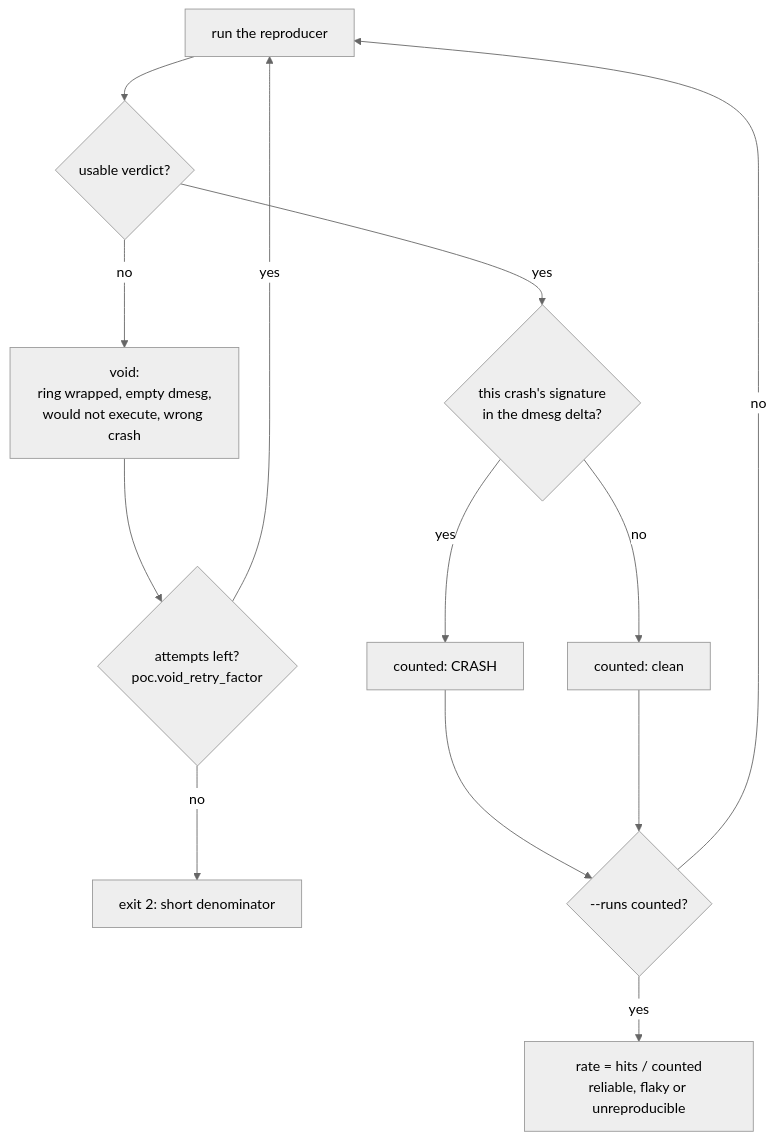
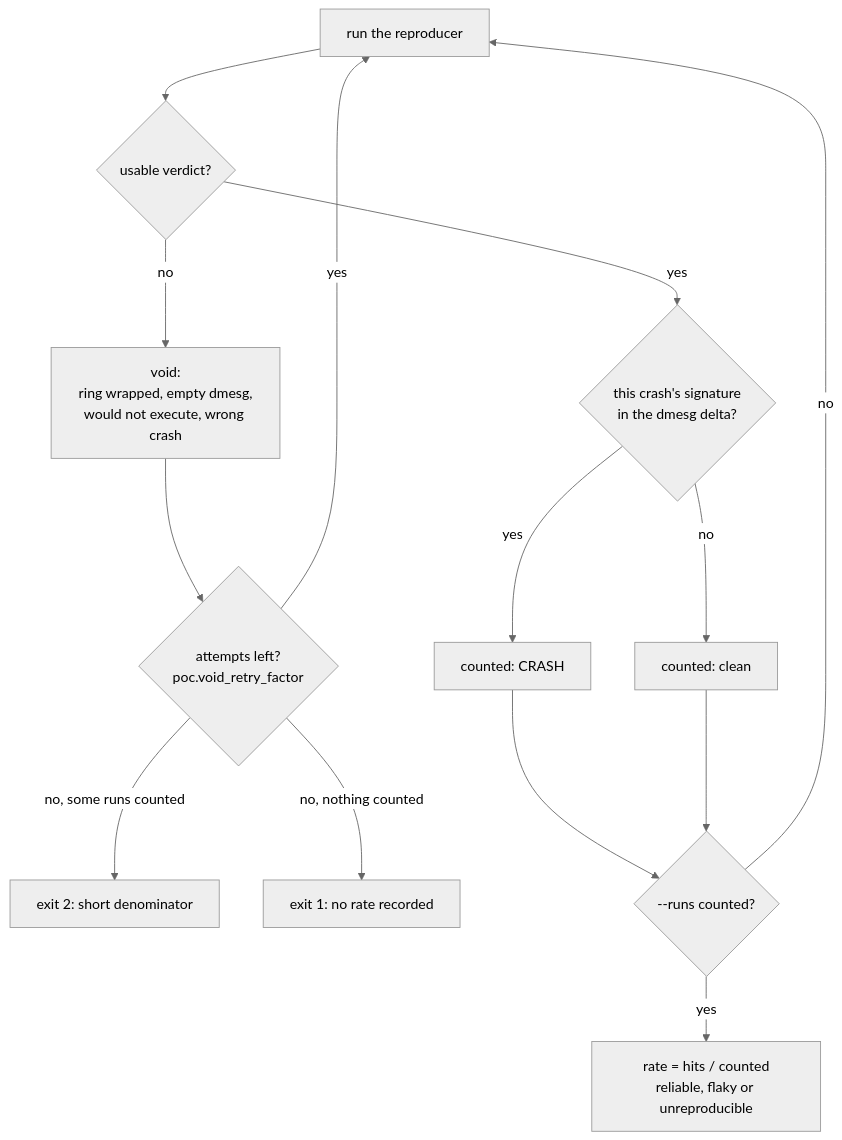
Before and after one commit to Indspl0it/gspwn: the diagram in docs/src/content/docs/guides/reproducing-a-crash.md, drawn with Mermaid (neutral theme). The commit also changed other lines of this file and 14 other files, not shown here.

````diff
--- a/docs/src/content/docs/guides/reproducing-a-crash.md
+++ b/docs/src/content/docs/guides/reproducing-a-crash.md
@@ -107,15 +138,16 @@
 ```mermaid
 flowchart TB
   R["run the reproducer"] --> V{"usable verdict?"}
   V -->|no| VOID["void:<br/>ring wrapped, empty dmesg,<br/>would not execute, wrong crash"]
   VOID --> CAP{"attempts left?<br/>poc.void_retry_factor"}
   CAP -->|yes| R
-  CAP -->|no| EX2["exit 2: short denominator"]
+  CAP -->|"no, some runs counted"| EX2["exit 2: short denominator"]
+  CAP -->|"no, nothing counted"| EX1["exit 1: no rate recorded"]
   V -->|yes| SIG{"this crash's signature<br/>in the dmesg delta?"}
   SIG -->|yes| HIT["counted: CRASH"]
   SIG -->|no| CLEAN["counted: clean"]
   HIT --> N{"--runs counted?"}
   CLEAN --> N
   N -->|no| R
   N -->|yes| RATE["rate = hits / counted<br/>reliable, flaky or unreproducible"]
 ```
````
